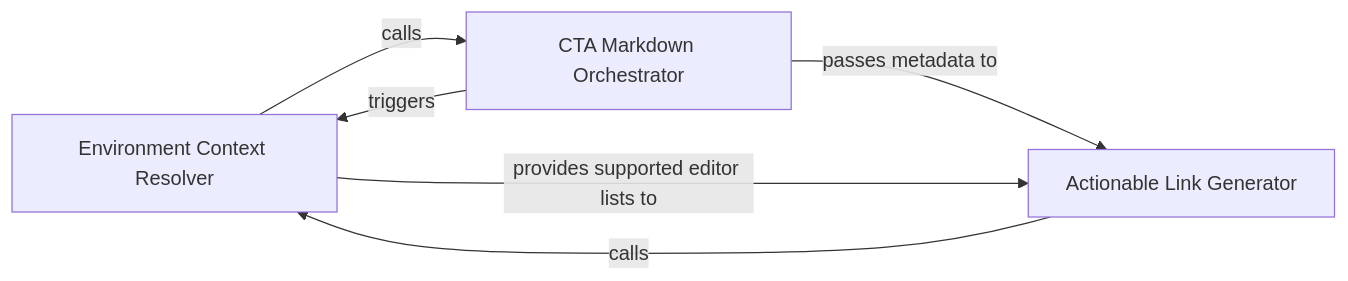
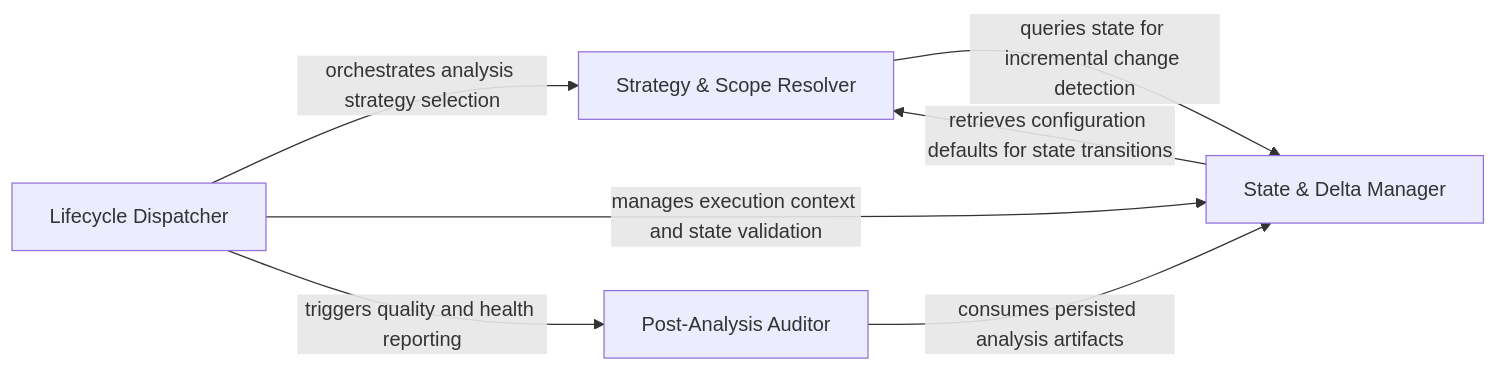
One commit to CodeBoarding/CodeBoarding-action changed the second of 5 diagrams in docs/development/architecture.md. Above: the diagram before and after it, drawn with Mermaid. The commit also changed other lines of this file and 14 other files, not shown here.

Commit message:
chore(codeboarding): sync architecture baseline

````diff
--- a/docs/development/architecture.md
+++ b/docs/development/architecture.md
@@ -274,11 +183,13 @@
 ```mermaid
 graph LR
-    Environment_Context_Resolver["Environment Context Resolver"]
-    Actionable_Link_Generator["Actionable Link Generator"]
-    CTA_Markdown_Orchestrator["CTA Markdown Orchestrator"]
-    CTA_Markdown_Orchestrator -- "triggers" --> Environment_Context_Resolver
-    CTA_Markdown_Orchestrator -- "passes metadata to" --> Actionable_Link_Generator
-    Environment_Context_Resolver -- "provides supported editor lists to" --> Actionable_Link_Generator
-    Environment_Context_Resolver -- "calls" --> CTA_Markdown_Orchestrator
-    Actionable_Link_Generator -- "calls" --> Environment_Context_Resolver
+    Lifecycle_Dispatcher["Lifecycle Dispatcher"]
+    Strategy_Scope_Resolver["Strategy & Scope Resolver"]
+    State_Delta_Manager["State & Delta Manager"]
+    Post_Analysis_Auditor["Post-Analysis Auditor"]
+    Lifecycle_Dispatcher -- "orchestrates analysis strategy selection" --> Strategy_Scope_Resolver
+    Lifecycle_Dispatcher -- "manages execution context and state validation" --> State_Delta_Manager
+    Lifecycle_Dispatcher -- "triggers quality and health reporting" --> Post_Analysis_Auditor
+    Strategy_Scope_Resolver -- "queries state for incremental change detection" --> State_Delta_Manager
+    State_Delta_Manager -- "retrieves configuration defaults for state transitions" --> Strategy_Scope_Resolver
+    Post_Analysis_Auditor -- "consumes persisted analysis artifacts" --> State_Delta_Manager
 ```
````
